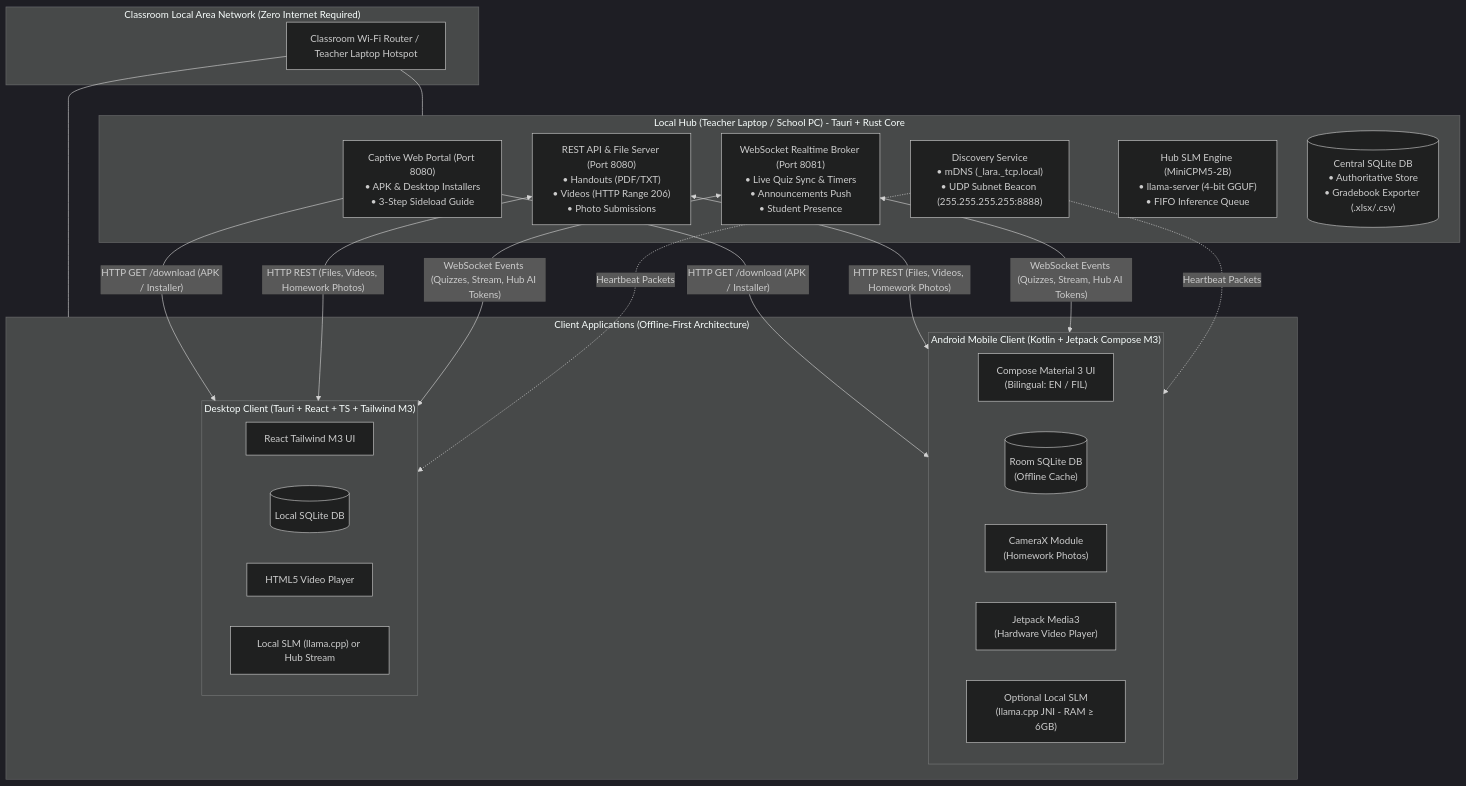
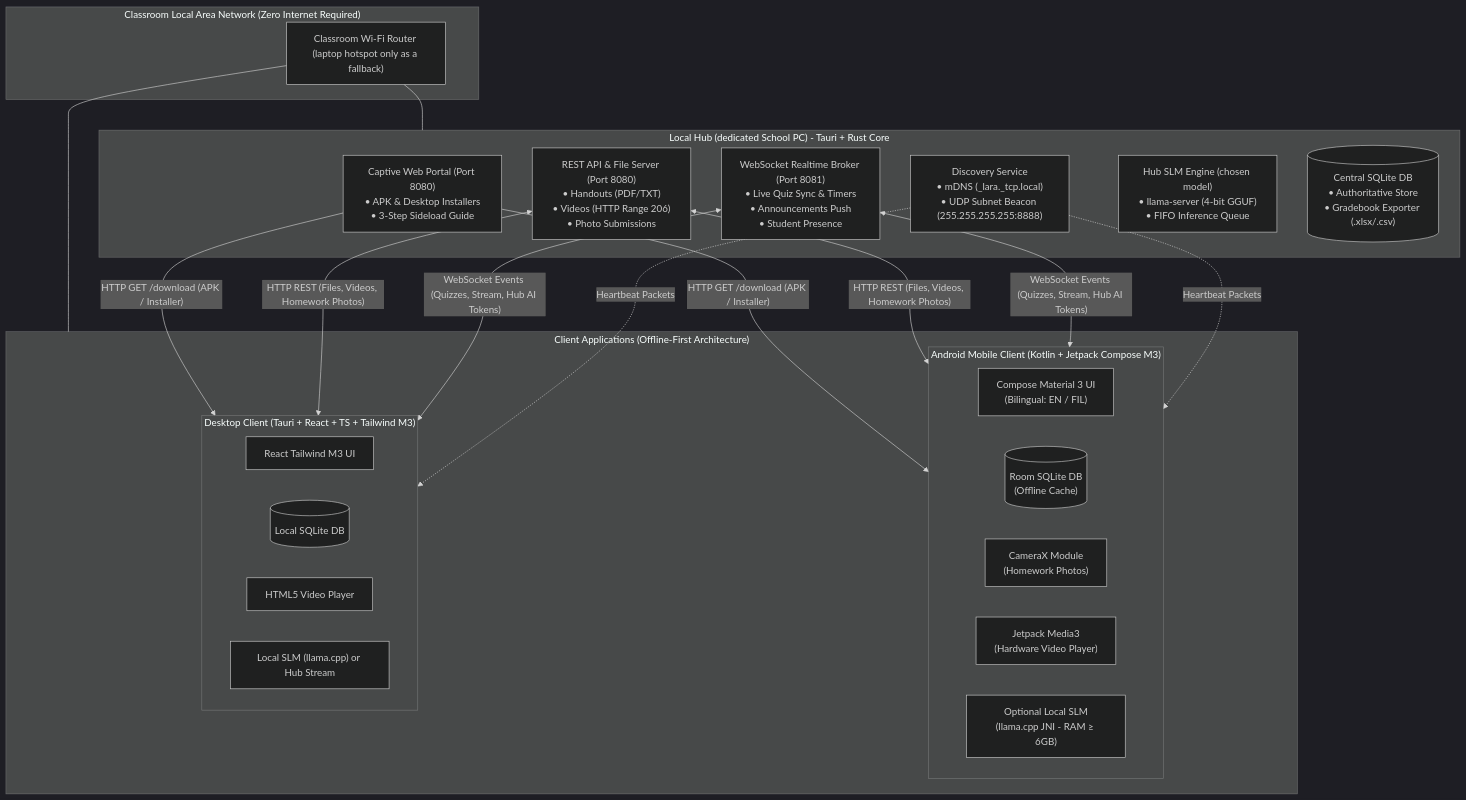
Before and after one commit to BootlegYouki/L.A.R.A: the first of 5 diagrams in docs/PRD.md, drawn with Mermaid (dark theme). The commit also changed other lines of this file and 17 other files, not shown here.

````diff
--- a/docs/PRD.md
+++ b/docs/PRD.md
@@ -48,40 +50,40 @@
 ```mermaid
 flowchart TD
  subgraph RouterArea["Classroom Local Area Network (Zero Internet Required)"]
- Router["Classroom Wi-Fi Router / Teacher Laptop Hotspot"]
+ Router["Classroom Wi-Fi Router (laptop hotspot only as a fallback)"]
  end
 
- subgraph HubServer["Local Hub (Teacher Laptop / School PC) - Tauri + Rust Core"]
+ subgraph HubServer["Local Hub (dedicated School PC) - Tauri + Rust Core"]
  Captive["Captive Web Portal (Port 8080)<br/>• APK & Desktop Installers<br/>• 3-Step Sideload Guide"]
  RestEngine["REST API & File Server (Port 8080)<br/>• Handouts (PDF/TXT)<br/>• Videos (HTTP Range 206)<br/>• Photo Submissions"]
  WsBroker["WebSocket Realtime Broker (Port 8081)<br/>• Live Quiz Sync & Timers<br/>• Announcements Push<br/>• Student Presence"]
  Discovery["Discovery Service<br/>• mDNS (_lara._tcp.local)<br/>• UDP Subnet Beacon (255.255.255.255:8888)"]
- HubAI["Hub SLM Engine (MiniCPM5-2B)<br/>• llama-server (4-bit GGUF)<br/>• FIFO Inference Queue"]
+ HubAI["Hub SLM Engine (chosen model)<br/>• llama-server (4-bit GGUF)<br/>• FIFO Inference Queue"]
  CentralDB[("Central SQLite DB<br/>• Authoritative Store<br/>• Gradebook Exporter (.xlsx/.csv)")]
  end
 
  subgraph ClientApps["Client Applications (Offline-First Architecture)"]
  subgraph AndroidClient["Android Mobile Client (Kotlin + Jetpack Compose M3)"]
  DroidUI["Compose Material 3 UI<br/>(Bilingual: EN / FIL)"]
  DroidRoom[("Room SQLite DB<br/>(Offline Cache)")]
  DroidCam["CameraX Module<br/>(Homework Photos)"]
  DroidMedia["Jetpack Media3<br/>(Hardware Video Player)"]
  DroidAI["Optional Local SLM<br/>(llama.cpp JNI - RAM ≥ 6GB)"]
  end
 
  subgraph DesktopClient["Desktop Client (Tauri + React + TS + Tailwind M3)"]
  DeskUI["React Tailwind M3 UI"]
  DeskSQLite[("Local SQLite DB")]
  DeskVideo["HTML5 Video Player"]
  DeskAI["Local SLM (llama.cpp) or Hub Stream"]
  end
  end
 
  Router --- HubServer
  Router --- ClientApps
 
  Captive -->|"HTTP GET /download (APK / Installer)"| AndroidClient & DesktopClient
  RestEngine <-->|"HTTP REST (Files, Videos, Homework Photos)"| AndroidClient & DesktopClient
  WsBroker <-->|"WebSocket Events (Quizzes, Stream, Hub AI Tokens)"| AndroidClient & DesktopClient
  Discovery -.->|"Heartbeat Packets"| AndroidClient & DesktopClient
 ```
````
